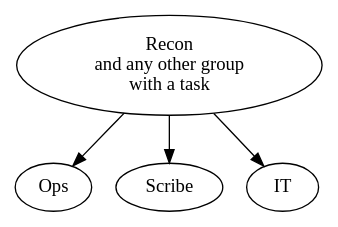
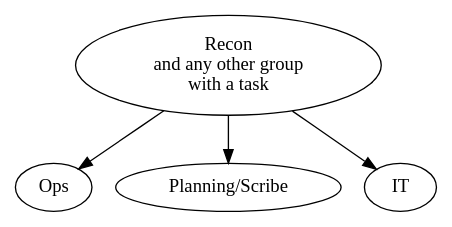
The third of 4 diagrams in source/highlevel.rst (neilkatin/lahcert-ops-procedures), drawn with Graphviz before and after one commit. The commit also changed other lines of this file, not shown here.

```diff
--- a/source/highlevel.rst
+++ b/source/highlevel.rst
@@ -101,8 +99,9 @@
 .. graphviz::
 
     digraph {
       Recon [ label="Recon\nand any other group\nwith a task" ];
       Recon -> Ops;
+      Scribe [ label="Planning/Scribe" ];
       Recon -> Scribe;
       Recon -> IT;
     }
```
